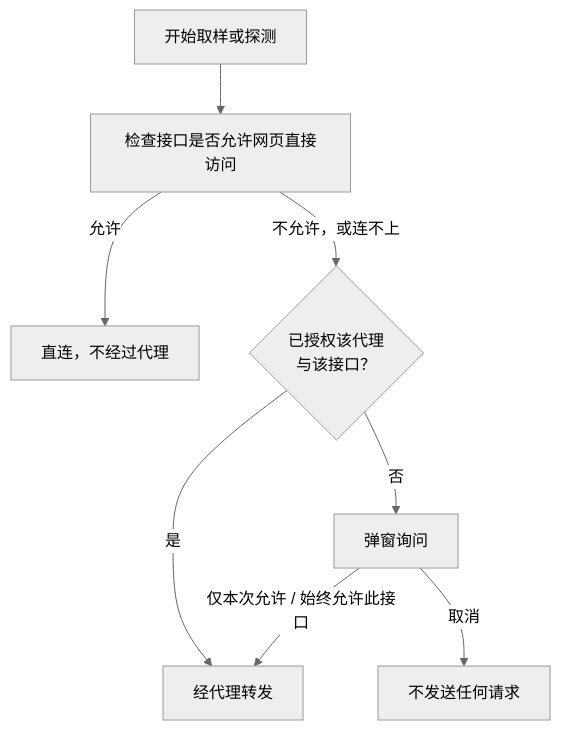
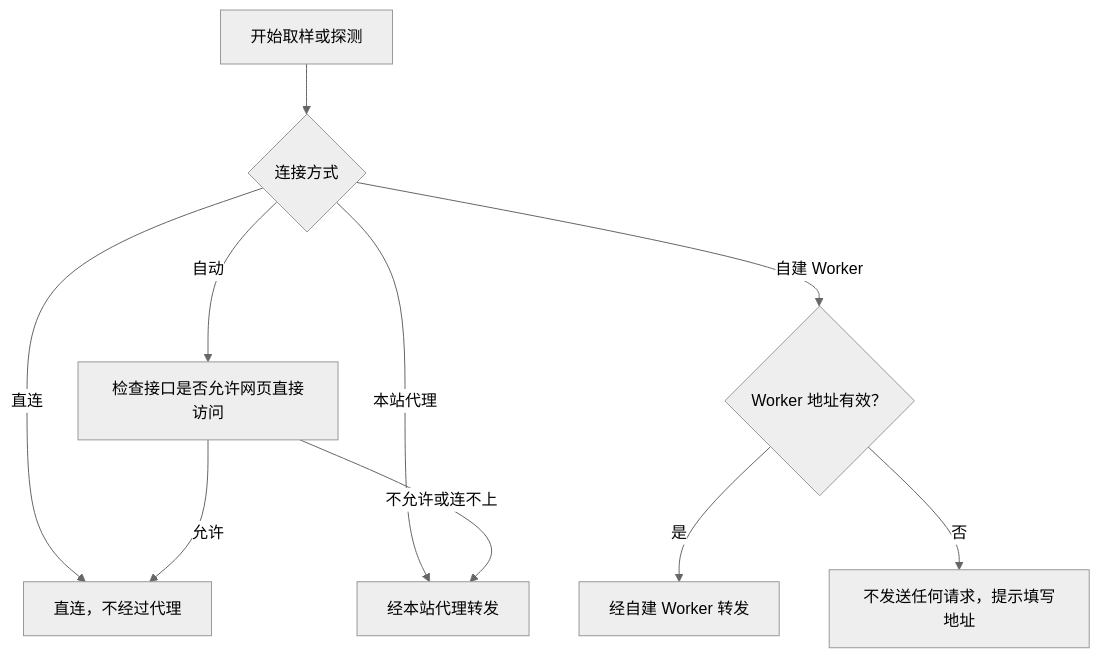
Before and after one commit to Alice39s/lm-detector: the diagram in docs/content/docs/web/connection.mdx, drawn with Mermaid (neutral theme). The commit also changed other lines of this file and 85 other files, not shown here.

````diff
--- a/docs/content/docs/web/connection.mdx
+++ b/docs/content/docs/web/connection.mdx
@@ -25,10 +32,12 @@
 ```mermaid
 flowchart TD
-    A["开始取样或探测"] --> B["检查接口是否允许网页直接访问"]
-    B -->|允许| C["直连，不经过代理"]
-    B -->|不允许，或连不上| D{"已授权该代理<br/>与该接口？"}
-    D -->|是| E["经代理转发"]
-    D -->|否| F["弹窗询问"]
-    F -->|仅本次允许 / 始终允许此接口| E
-    F -->|取消| G["不发送任何请求"]
+    A["开始取样或探测"] --> B{"连接方式"}
+    B -->|直连| C["直连，不经过代理"]
+    B -->|本站代理| D["经本站代理转发"]
+    B -->|自建 Worker| E{"Worker 地址有效？"}
+    E -->|是| F["经自建 Worker 转发"]
+    E -->|否| G["不发送任何请求，提示填写地址"]
+    B -->|自动| H["检查接口是否允许网页直接访问"]
+    H -->|允许| C
+    H -->|不允许或连不上| D
 ```
````
